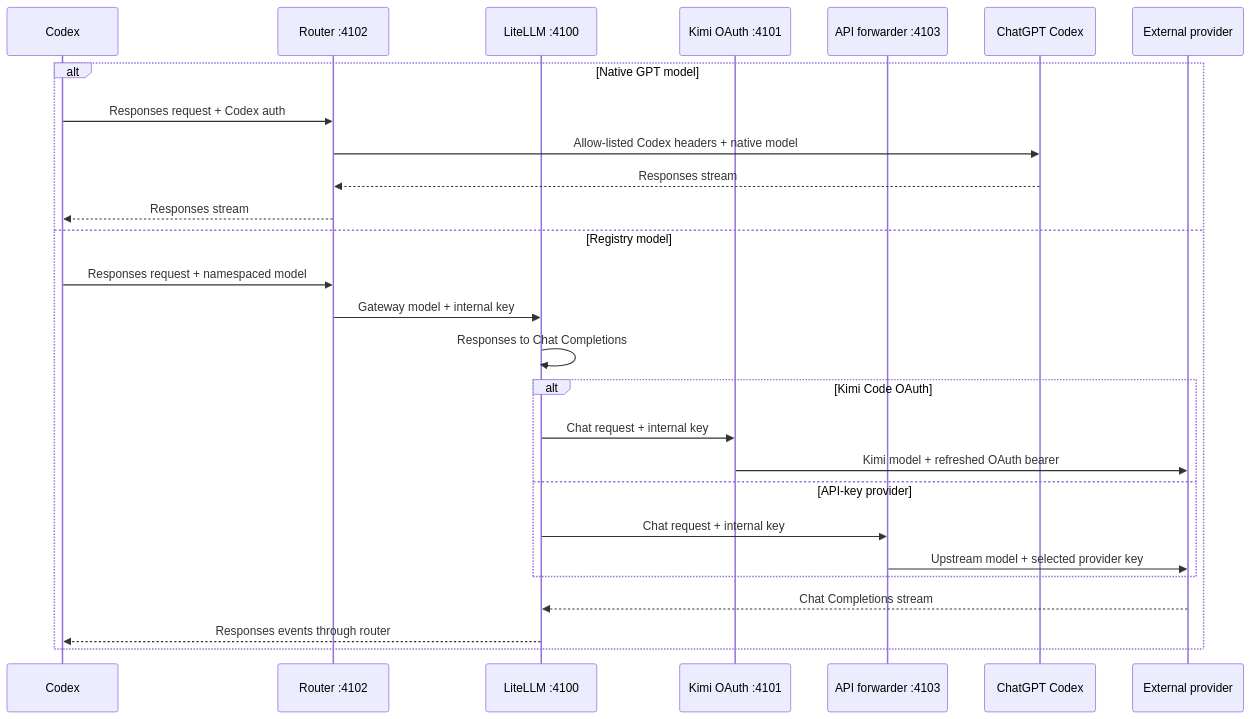
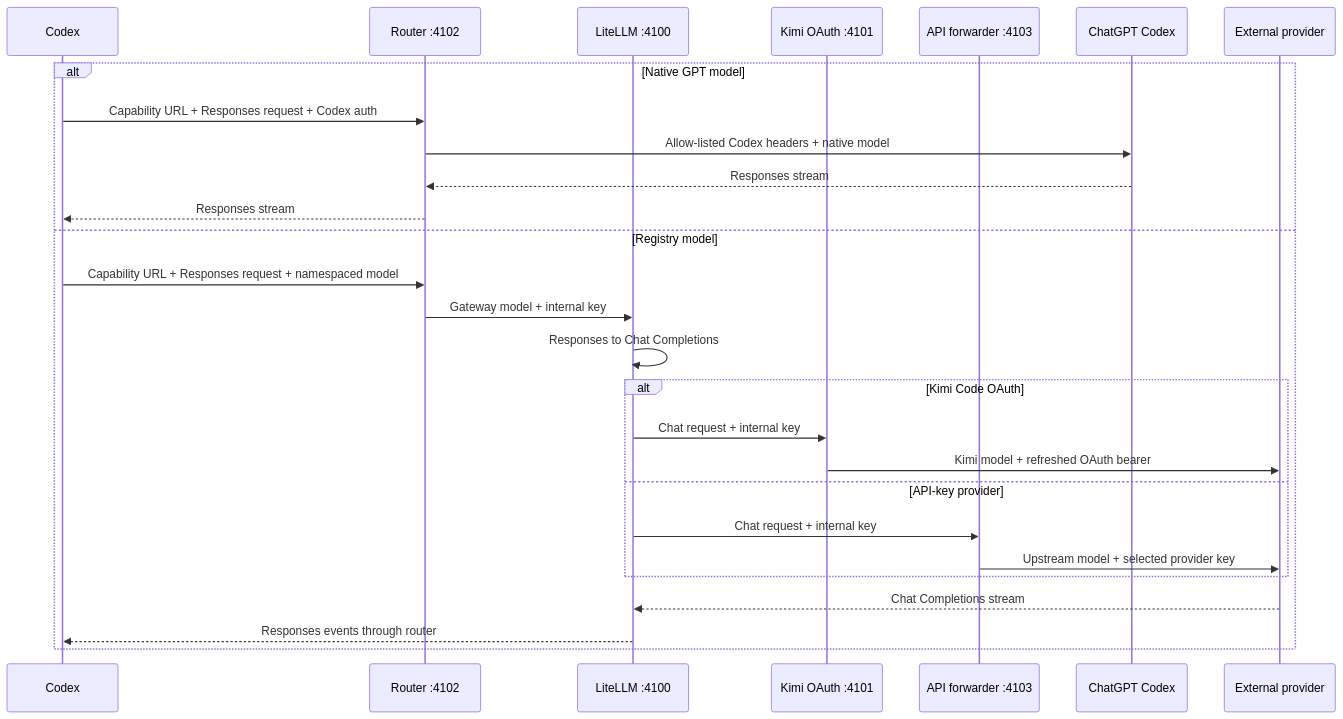
One commit to duolahypercho/codex-router changed the diagram in docs/HOW-IT-WORKS.md. Above: the diagram before and after it, drawn with Mermaid. The commit also changed other lines of this file and 30 other files, not shown here.

````diff
--- a/docs/HOW-IT-WORKS.md
+++ b/docs/HOW-IT-WORKS.md
@@ -19,30 +19,30 @@
 ```mermaid
 sequenceDiagram
   participant C as Codex
   participant R as Router :4102
   participant L as LiteLLM :4100
   participant O as Kimi OAuth :4101
   participant A as API forwarder :4103
   participant G as ChatGPT Codex
   participant P as External provider
 
   alt Native GPT model
-    C->>R: Responses request + Codex auth
+    C->>R: Capability URL + Responses request + Codex auth
     R->>G: Allow-listed Codex headers + native model
     G-->>R: Responses stream
     R-->>C: Responses stream
   else Registry model
-    C->>R: Responses request + namespaced model
+    C->>R: Capability URL + Responses request + namespaced model
     R->>L: Gateway model + internal key
     L->>L: Responses to Chat Completions
     alt Kimi Code OAuth
       L->>O: Chat request + internal key
       O->>P: Kimi model + refreshed OAuth bearer
     else API-key provider
       L->>A: Chat request + internal key
       A->>P: Upstream model + selected provider key
     end
     P-->>L: Chat Completions stream
     L-->>C: Responses events through router
   end
 ```
````
